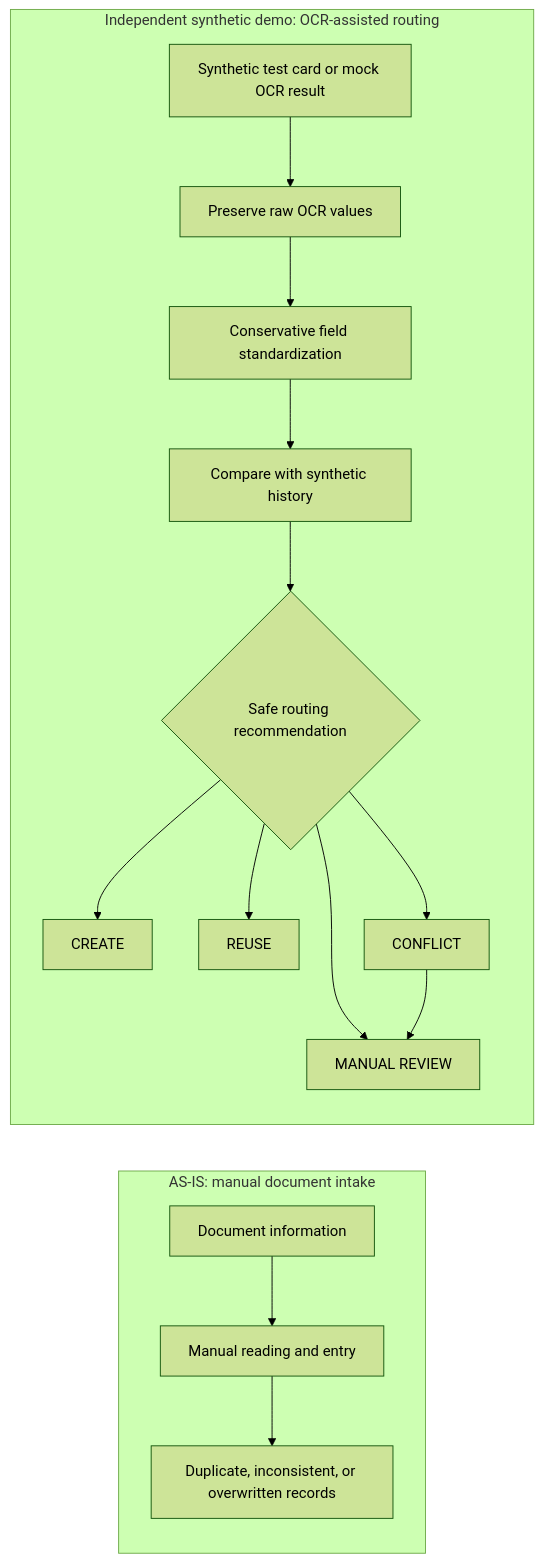
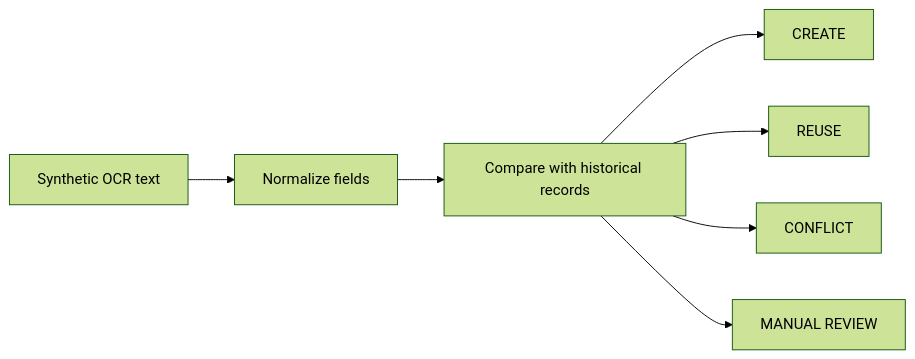
Before and after one commit to rayzhang406-commits/human-in-the-loop-passport-ocr-routing-demo: the diagram in README.md, drawn with Mermaid (forest theme). The commit also changed other lines of this file and 5 other files, not shown here.

````diff
--- a/README.md
+++ b/README.md
@@ -25,19 +15,9 @@
 ```mermaid
 flowchart LR
-    subgraph ASIS[AS-IS: manual document intake]
-        A[Document information] --> B[Manual reading and entry]
-        B --> C[Duplicate, inconsistent, or overwritten records]
-    end
-
-    subgraph TOBE[Independent synthetic demo: OCR-assisted routing]
-        D[Synthetic test card or mock OCR result] --> E[Preserve raw OCR values]
-        E --> F[Conservative field standardization]
-        F --> G[Compare with synthetic history]
-        G --> H{Safe routing recommendation}
-        H --> I[CREATE]
-        H --> J[REUSE]
-        H --> K[CONFLICT]
-        H --> L[MANUAL REVIEW]
-        K --> L
-    end
+    A[Synthetic OCR text] --> B[Normalize fields]
+    B --> C[Compare with historical records]
+    C --> D[CREATE]
+    C --> E[REUSE]
+    C --> F[CONFLICT]
+    C --> G[MANUAL REVIEW]
 ```
````
